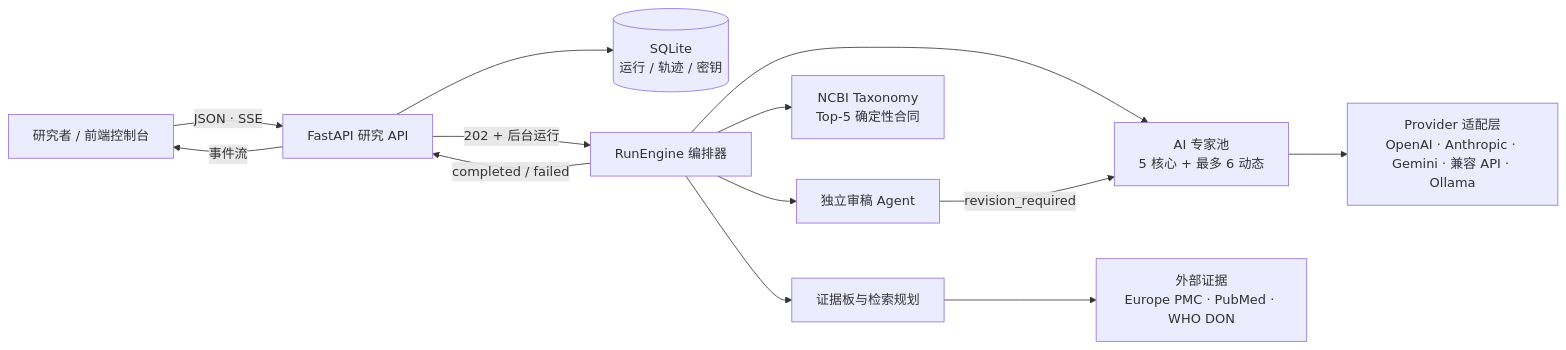
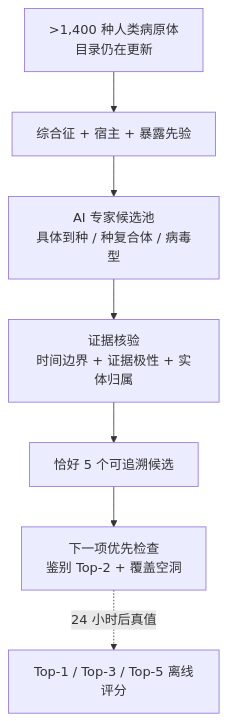
One commit to 188097259-web/OwlPath changed the fourth of 5 diagrams in README.md. Above: the diagram before and after it, drawn with Mermaid. The commit also changed other lines of this file and 2 other files, not shown here.

First line of the commit message:
docs(readme): switch Mermaid diagrams to medical perspective

````diff
--- a/README.md
+++ b/README.md
@@ -60,15 +203,9 @@
 ```mermaid
-flowchart LR
-    U["研究者 / 前端控制台"] -->|"JSON · SSE"| A["FastAPI 研究 API"]
-    A -->|"事件流"| U
-    A --> D[("SQLite<br/>运行 / 轨迹 / 密钥")]
-    A -->|"202 + 后台运行"| E["RunEngine 编排器"]
-    E --> X["AI 专家池<br/>5 核心 + 最多 6 动态"]
-    E --> B["证据板与检索规划"]
-    B --> S["外部证据<br/>Europe PMC · PubMed · WHO DON"]
-    E --> T["NCBI Taxonomy<br/>Top-5 确定性合同"]
-    E --> R["独立审稿 Agent"]
-    X --> P["Provider 适配层<br/>OpenAI · Anthropic · Gemini · 兼容 API · Ollama"]
-    R -->|"revision_required"| X
-    E -->|"completed / failed"| A
+flowchart TD
+    U[">1,400 种人类病原体<br/>目录仍在更新"] --> S["综合征 + 宿主 + 暴露先验"]
+    S --> C["AI 专家候选池<br/>具体到种 / 种复合体 / 病毒型"]
+    C --> V["证据核验<br/>时间边界 + 证据极性 + 实体归属"]
+    V --> Top["恰好 5 个可追溯候选"]
+    Top --> Test["下一项优先检查<br/>鉴别 Top-2 + 覆盖空洞"]
+    Test -.->|"24 小时后真值"| Score["Top-1 / Top-3 / Top-5 离线评分"]
 ```
````
